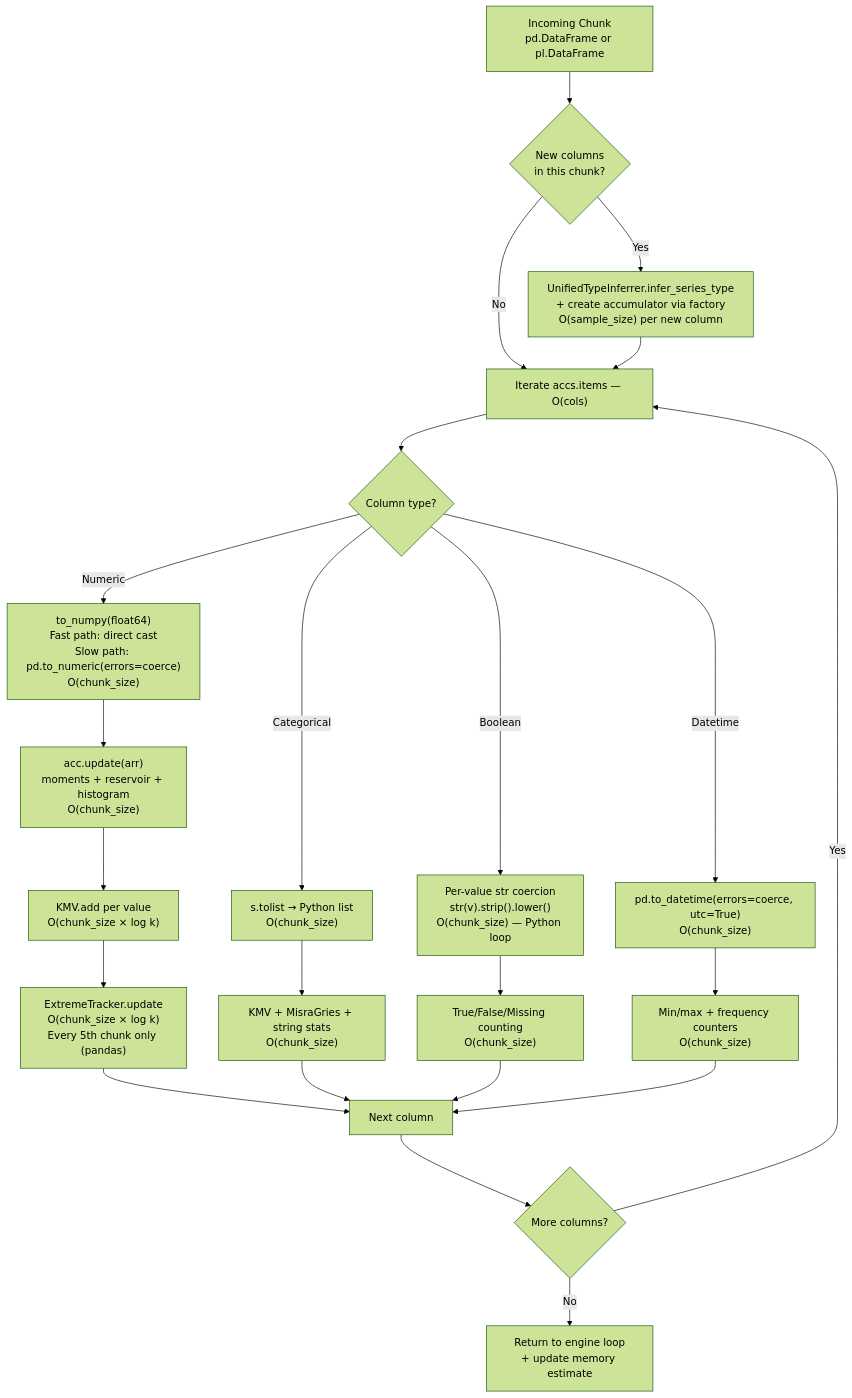
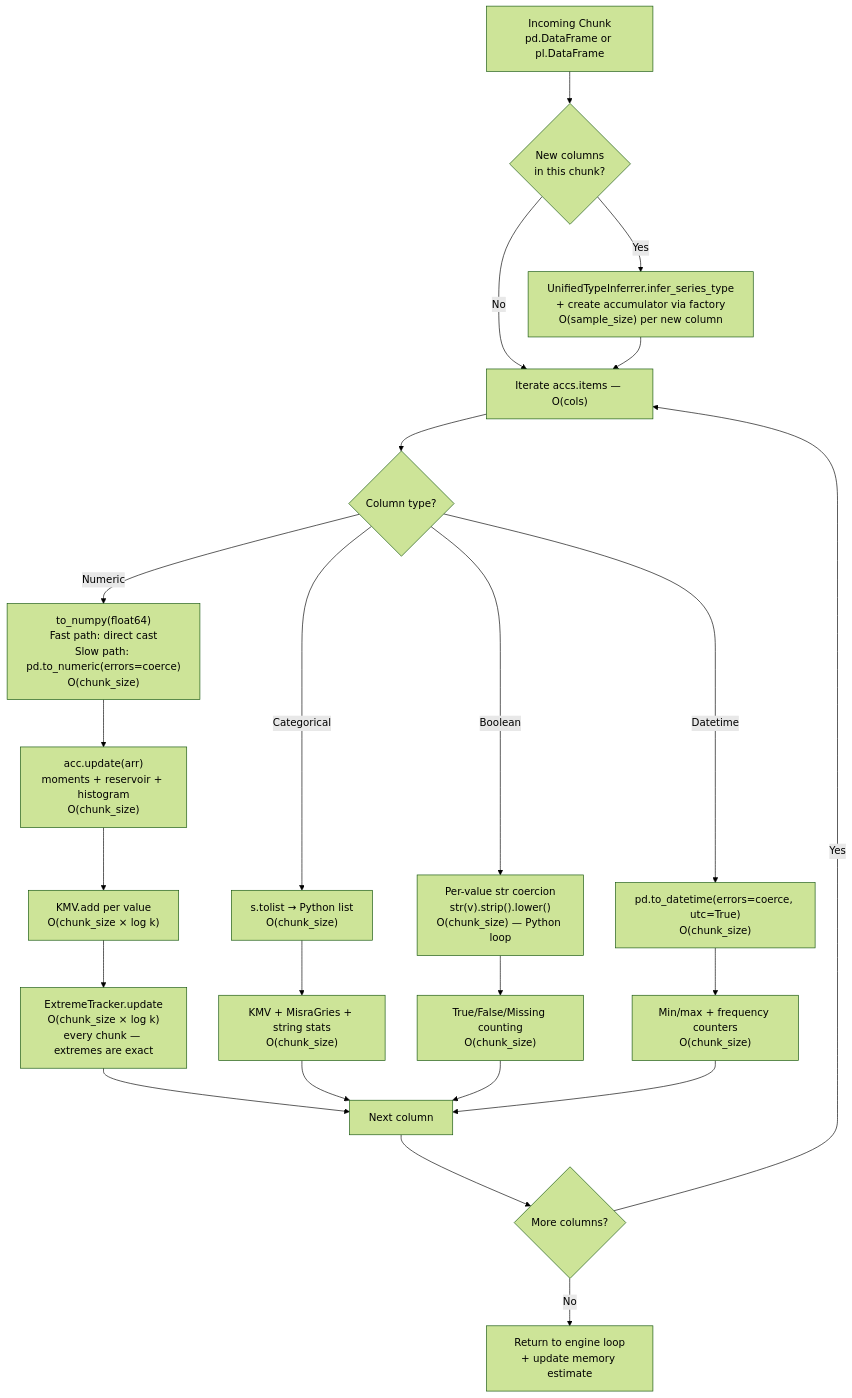
One commit to alvarodiez20/pysuricata changed the third of 4 diagrams in docs/architecture-diagrams.md. Above: the diagram before and after it, drawn with Mermaid (forest theme). The commit also changed other lines of this file and 30 other files, not shown here.

````diff
--- a/docs/architecture-diagrams.md
+++ b/docs/architecture-diagrams.md
@@ -97,31 +97,31 @@
 ```mermaid
 flowchart TD
     A["Incoming Chunk\npd.DataFrame or pl.DataFrame"] --> B{"New columns\nin this chunk?"}
     B -->|"Yes"| C["UnifiedTypeInferrer.infer_series_type\n+ create accumulator via factory\nO(sample_size) per new column"]
     B -->|"No"| D["Iterate accs.items — O(cols)"]
     C --> D
 
     D --> E{"Column type?"}
 
     E -->|"Numeric"| F["to_numpy(float64)\nFast path: direct cast\nSlow path: pd.to_numeric(errors=coerce)\nO(chunk_size)"]
     F --> F1["acc.update(arr)\nmoments + reservoir + histogram\nO(chunk_size)"]
     F1 --> F2["KMV.add per value\nO(chunk_size × log k)"]
-    F2 --> F3["ExtremeTracker.update\nO(chunk_size × log k)\nEvery 5th chunk only (pandas)"]
+    F2 --> F3["ExtremeTracker.update\nO(chunk_size × log k)\nevery chunk — extremes are exact"]
     F3 --> G["Next column"]
 
     E -->|"Categorical"| H["s.tolist → Python list\nO(chunk_size)"]
     H --> H1["KMV + MisraGries + string stats\nO(chunk_size)"]
     H1 --> G
 
     E -->|"Boolean"| I["Per-value str coercion\nstr(v).strip().lower()\nO(chunk_size) — Python loop"]
     I --> I1["True/False/Missing counting\nO(chunk_size)"]
     I1 --> G
 
     E -->|"Datetime"| J["pd.to_datetime(errors=coerce, utc=True)\nO(chunk_size)"]
     J --> J1["Min/max + frequency counters\nO(chunk_size)"]
     J1 --> G
 
     G --> K{"More columns?"}
     K -->|"Yes"| D
     K -->|"No"| L["Return to engine loop\n+ update memory estimate"]
 ```
````
